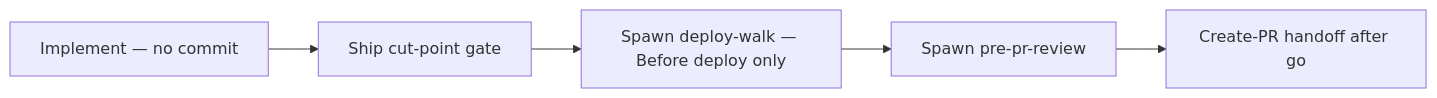
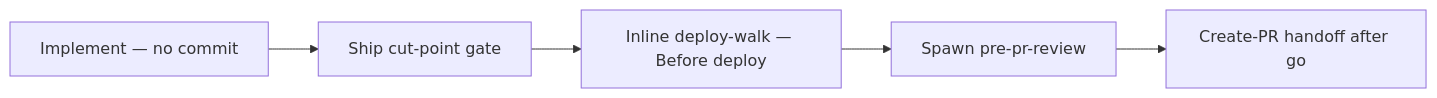
Before and after one commit to safebeat-sedea/research-and-development: the diagram in missions/plan-and-deliver/skills/coding-session/SKILL.md, drawn with Mermaid. The commit also changed other lines of this file and 7 other files, not shown here.

First line of the commit message:
Run deploy-walk inline on the coding-session lane instead of spawning a child.

````diff
--- a/missions/plan-and-deliver/skills/coding-session/SKILL.md
+++ b/missions/plan-and-deliver/skills/coding-session/SKILL.md
@@ -496,7 +496,7 @@
 ```mermaid
 flowchart LR
   IMPL[Implement — no commit] --> CUT[Ship cut-point gate]
-  CUT --> BDW[Spawn deploy-walk — Before deploy only]
+  CUT --> BDW[Inline deploy-walk — Before deploy]
   BDW --> PPR[Spawn pre-pr-review]
   PPR --> CPR[Create-PR handoff after go]
 ```
````
